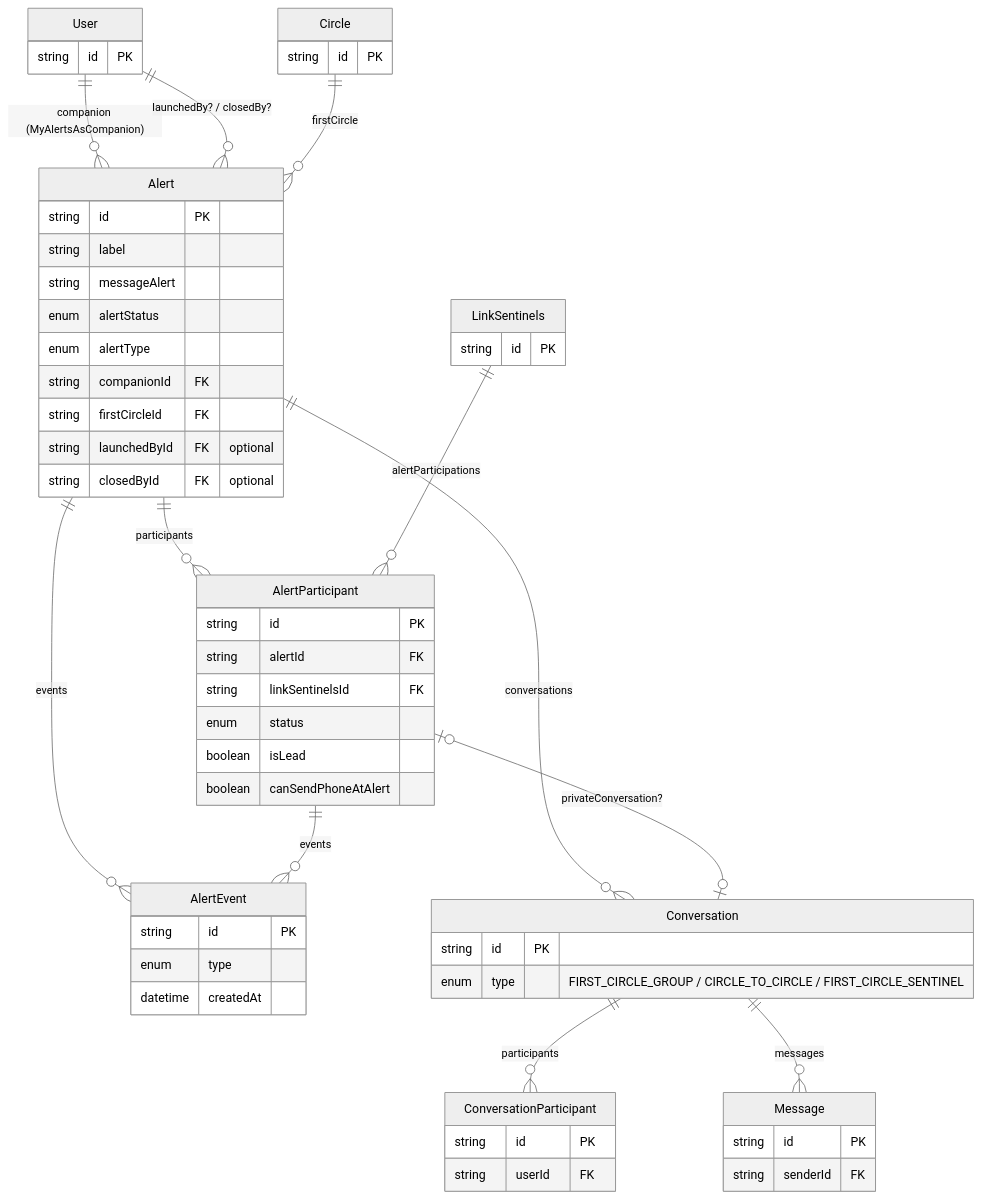
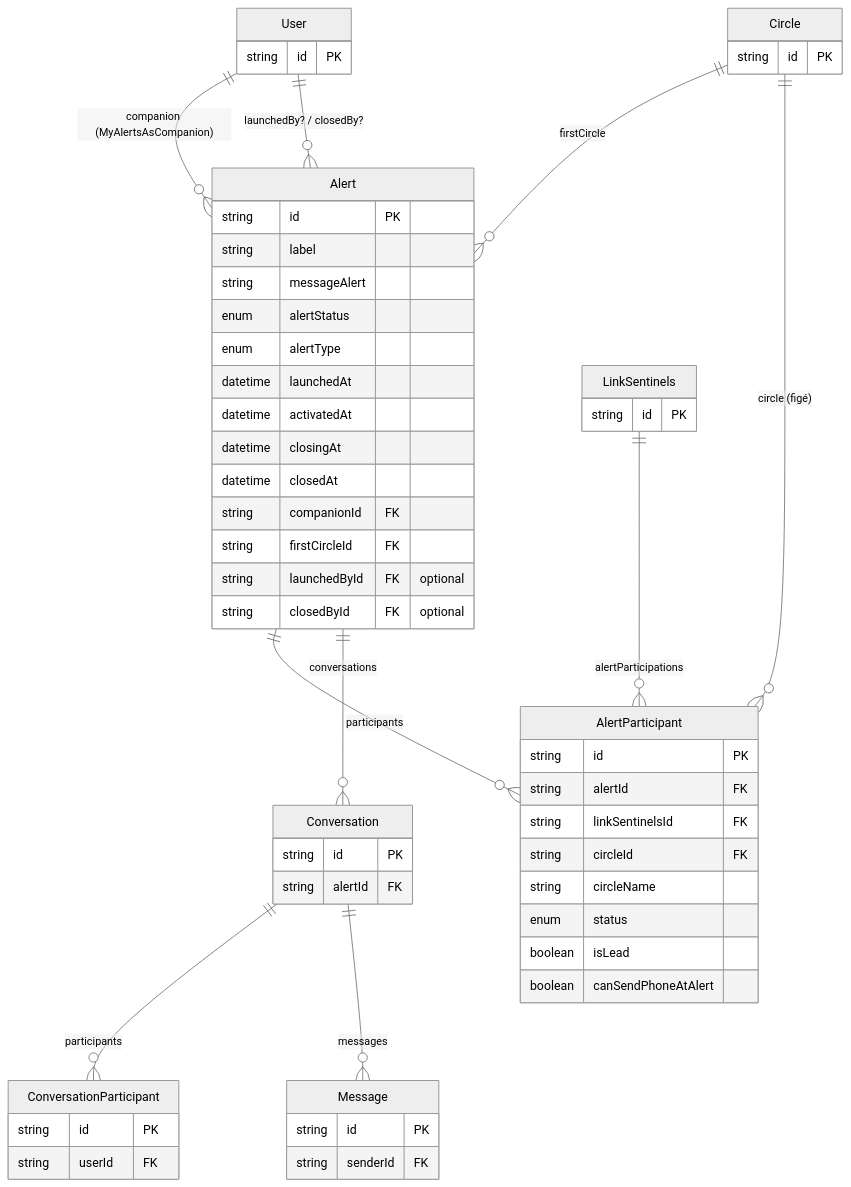
Before and after one commit to Sylvfo/MySentinelCircle: the fifth of 5 diagrams in backend/prisma/DB_schéma.md, drawn with Mermaid (neutral theme). The commit also changed other lines of this file and 2 other files, not shown here.

````diff
--- a/backend/prisma/DB_schéma.md
+++ b/backend/prisma/DB_schéma.md
@@ -307,60 +290,59 @@
 ```mermaid
 erDiagram
   User               ||--o{ Alert              : "companion (MyAlertsAsCompanion)"
   User               ||--o{ Alert              : "launchedBy? / closedBy?"
   Circle             ||--o{ Alert              : "firstCircle"
+  Circle             ||--o{ AlertParticipant   : "circle (figé)"
   Alert              ||--o{ AlertParticipant   : "participants"
-  Alert              ||--o{ AlertEvent         : "events"
   Alert              ||--o{ Conversation       : "conversations"
   LinkSentinels      ||--o{ AlertParticipant   : "alertParticipations"
-  AlertParticipant   |o--o| Conversation       : "privateConversation?"
-  AlertParticipant   ||--o{ AlertEvent         : "events"
   Conversation        ||--o{ ConversationParticipant : "participants"
   Conversation        ||--o{ Message           : "messages"
 
   User {
     string id PK
   }
   Circle {
     string id PK
   }
   Alert {
     string id PK
     string label
     string messageAlert
     enum   alertStatus
     enum   alertType
+    datetime launchedAt
+    datetime activatedAt
+    datetime closingAt
+    datetime closedAt
     string companionId FK
     string firstCircleId FK
     string launchedById FK "optional"
     string closedById FK "optional"
   }
   LinkSentinels {
     string id PK
   }
   AlertParticipant {
     string id PK
     string alertId FK
     string linkSentinelsId FK
+    string circleId FK
+    string circleName
     enum   status
     boolean isLead
     boolean canSendPhoneAtAlert
   }
-  AlertEvent {
-    string id PK
-    enum   type
-    datetime createdAt
-  }
   Conversation {
     string id PK
-    enum   type "FIRST_CIRCLE_GROUP / CIRCLE_TO_CIRCLE / FIRST_CIRCLE_SENTINEL"
+    string alertId FK
   }
   ConversationParticipant {
     string id PK
     string userId FK
   }
   Message {
     string id PK
     string senderId FK
   }
 ```
````
